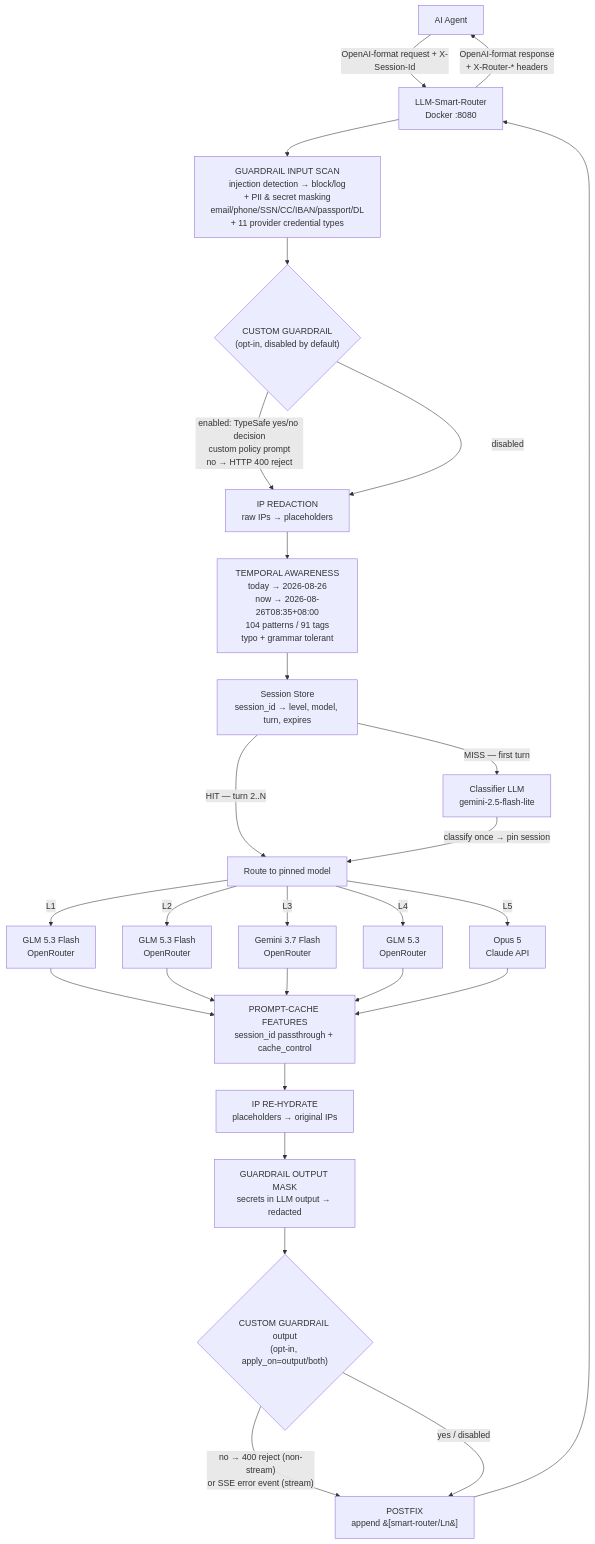
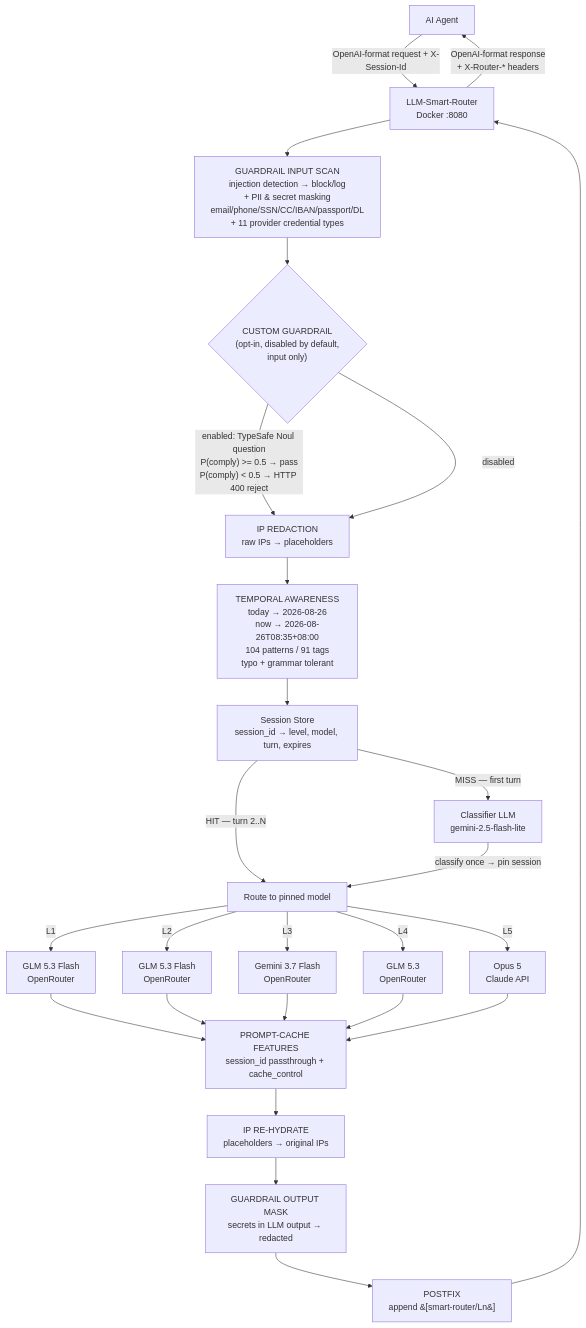
The first of 2 diagrams in llm-smart-router-spec.md (Green-Needle-Tech/llm-smart-router), drawn with Mermaid before and after one commit. The commit also changed other lines of this file and 10 other files, not shown here.

First line of the commit message:
feat: custom guardrail switches to TypeSafe Noul, input-only (v2.24.0)

````diff
--- a/llm-smart-router-spec.md
+++ b/llm-smart-router-spec.md
@@ -40,34 +40,32 @@
 ```mermaid
 flowchart TD
     A[AI Agent] -->|"OpenAI-format request + X-Session-Id"| B["LLM-Smart-Router<br/>Docker :8080"]
     B -->|"OpenAI-format response<br/>+ X-Router-* headers"| A
     B --> G["GUARDRAIL INPUT SCAN<br/>injection detection → block/log<br/>+ PII & secret masking<br/>email/phone/SSN/CC/IBAN/passport/DL<br/>+ 11 provider credential types"]
-    G --> CG{"CUSTOM GUARDRAIL<br/>(opt-in, disabled by default)"}
-    CG -->|"enabled: TypeSafe yes/no decision<br/>custom policy prompt<br/>no → HTTP 400 reject"| P["IP REDACTION<br/>raw IPs → placeholders"]
+    G --> CG{"CUSTOM GUARDRAIL<br/>(opt-in, disabled by default,<br/>input only)"}
+    CG -->|"enabled: TypeSafe Noul question<br/>P(comply) >= 0.5 → pass<br/>P(comply) < 0.5 → HTTP 400 reject"| P["IP REDACTION<br/>raw IPs → placeholders"]
     CG -->|disabled| P
     P --> P2T["TEMPORAL AWARENESS\ntoday → 2026-08-26\nnow → 2026-08-26T08:35+08:00\n104 patterns / 91 tags\ntypo + grammar tolerant"]
     P2T --> S["Session Store<br/>session_id → level, model, turn, expires"]
 
     S -->|"MISS — first turn"| C["Classifier LLM<br/>gemini-2.5-flash-lite"]
     S -->|"HIT — turn 2..N"| R["Route to pinned model"]
 
     C -->|"classify once → pin session"| R
 
     R -->|"L1"| M1["GLM 5.3 Flash<br/>OpenRouter"]
     R -->|"L2"| M2["GLM 5.3 Flash<br/>OpenRouter"]
     R -->|"L3"| M3["Gemini 3.7 Flash<br/>OpenRouter"]
     R -->|"L4"| M4["GLM 5.3<br/>OpenRouter"]
     R -->|"L5"| M5["Opus 5<br/>Claude API"]
 
     M1 --> PC["PROMPT-CACHE FEATURES<br/>session_id passthrough + cache_control"]
     M2 --> PC
     M3 --> PC
     M4 --> PC
     M5 --> PC
     PC --> RH["IP RE-HYDRATE<br/>placeholders → original IPs"]
     RH --> OM["GUARDRAIL OUTPUT MASK<br/>secrets in LLM output → redacted"]
-    OM --> CGO{"CUSTOM GUARDRAIL output<br/>(opt-in, apply_on=output/both)"}
-    CGO -->|"no → 400 reject (non-stream)<br/>or SSE error event (stream)"| PF["POSTFIX<br/>append &#91;smart-router/Ln&#93;"]
-    CGO -->|yes / disabled| PF
+    OM --> PF["POSTFIX<br/>append &#91;smart-router/Ln&#93;"]
     PF --> B
 ```
````
